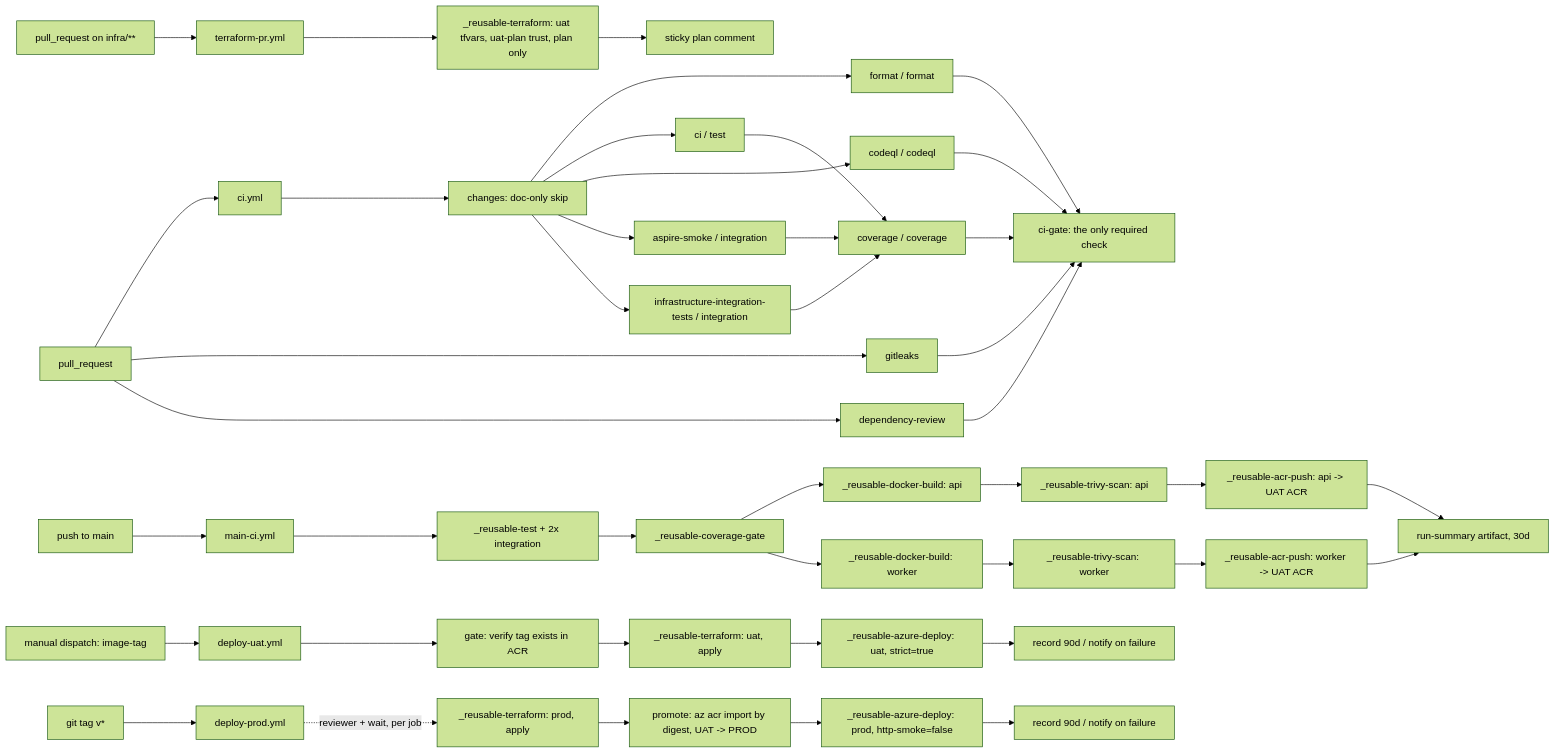
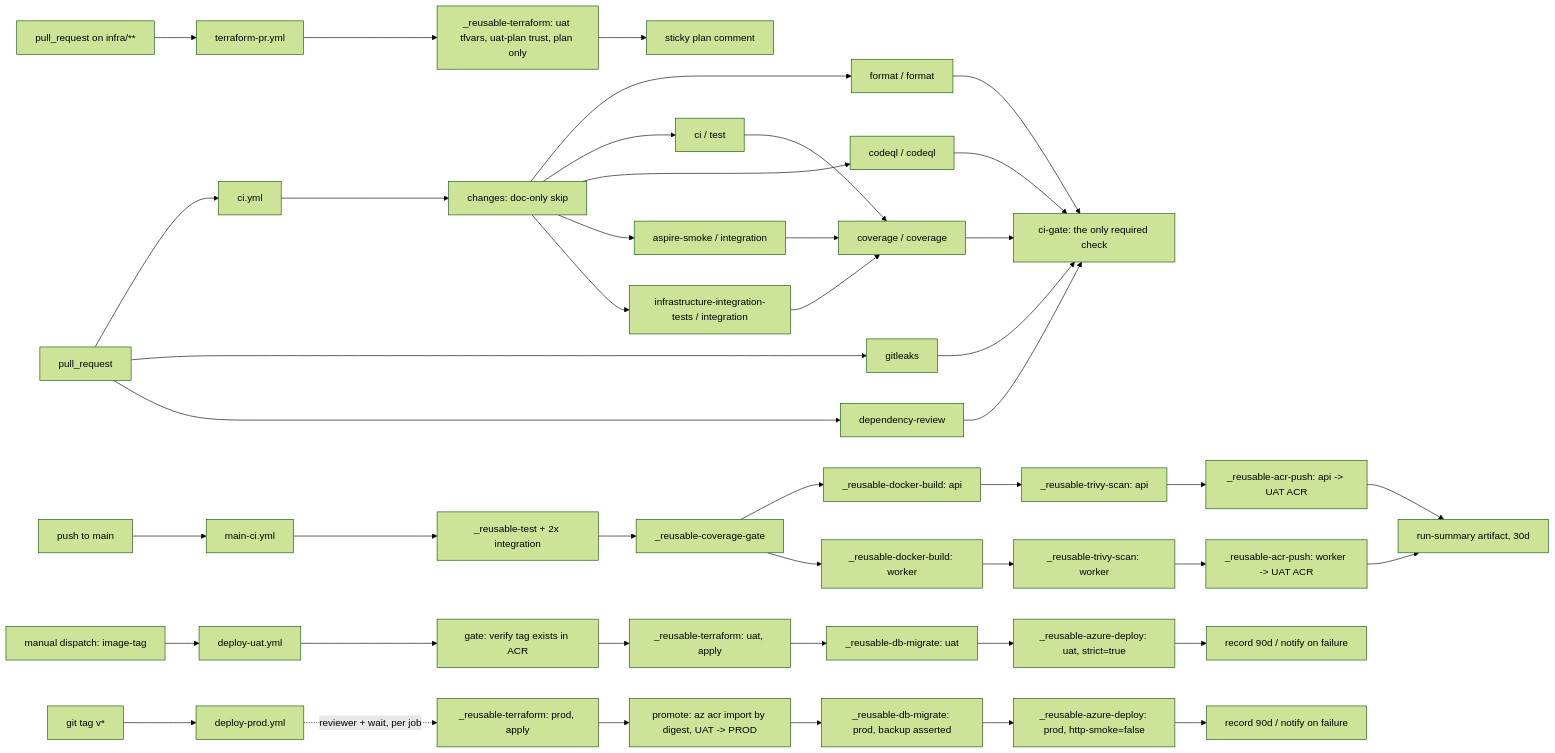
The diagram in docs/ci-cd/pipelines.md (mpcs2013/currency-tracker), drawn with Mermaid (forest theme) before and after one commit. The commit also changed other lines of this file and 16 other files, not shown here.

First line of the commit message:
feat(14.48): apply schema migrations from a Container Apps job before deploy (#403)

````diff
--- a/docs/ci-cd/pipelines.md
+++ b/docs/ci-cd/pipelines.md
@@ -13,46 +13,48 @@
 ```mermaid
 graph LR
   PR[pull_request] --> CI[ci.yml]
   CI --> CH[changes: doc-only skip]
   CH --> F[format / format]
   CH --> T[ci / test]
   CH --> Q[codeql / codeql]
   CH --> AS[aspire-smoke / integration]
   CH --> II[infrastructure-integration-tests / integration]
   T --> COV[coverage / coverage]
   AS --> COV
   II --> COV
   PR --> GL[gitleaks]
   PR --> DR[dependency-review]
   F --> CG[ci-gate: the only required check]
   Q --> CG
   COV --> CG
   GL --> CG
   DR --> CG
 
   PRI[pull_request on infra/**] --> TFPR[terraform-pr.yml]
   TFPR --> TFU0[_reusable-terraform: uat tfvars, uat-plan trust, plan only]
   TFU0 --> PC[sticky plan comment]
 
   Merge[push to main] --> M[main-ci.yml]
   M --> MT[_reusable-test + 2x integration]
   MT --> MC[_reusable-coverage-gate]
   MC --> D1[_reusable-docker-build: api]
   MC --> D2[_reusable-docker-build: worker]
   D1 --> TR1[_reusable-trivy-scan: api] --> PU1[_reusable-acr-push: api -> UAT ACR]
   D2 --> TR2[_reusable-trivy-scan: worker] --> PU2[_reusable-acr-push: worker -> UAT ACR]
   PU1 --> RS[run-summary artifact, 30d]
   PU2 --> RS
 
   Human[manual dispatch: image-tag] --> U[deploy-uat.yml]
   U --> UG[gate: verify tag exists in ACR]
   UG --> TFU[_reusable-terraform: uat, apply]
-  TFU --> DEPU[_reusable-azure-deploy: uat, strict=true]
+  TFU --> MIGU[_reusable-db-migrate: uat]
+  MIGU --> DEPU[_reusable-azure-deploy: uat, strict=true]
   DEPU --> UR[record 90d / notify on failure]
 
   Tag[git tag v*] --> P[deploy-prod.yml]
   P -.->|reviewer + wait, per job| TFP[_reusable-terraform: prod, apply]
   TFP --> PROM[promote: az acr import by digest, UAT -> PROD]
-  PROM --> DEPP[_reusable-azure-deploy: prod, http-smoke=false]
+  PROM --> MIGP[_reusable-db-migrate: prod, backup asserted]
+  MIGP --> DEPP[_reusable-azure-deploy: prod, http-smoke=false]
   DEPP --> PRREC[record 90d / notify on failure]
 ```
````
